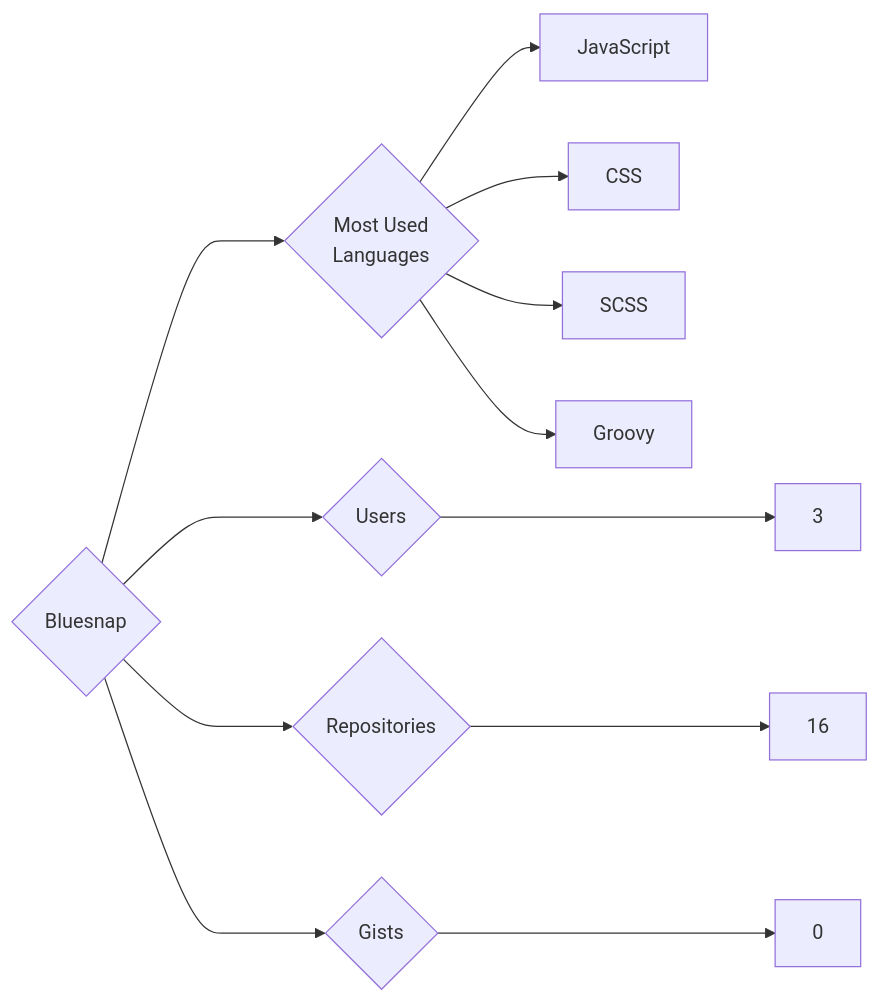
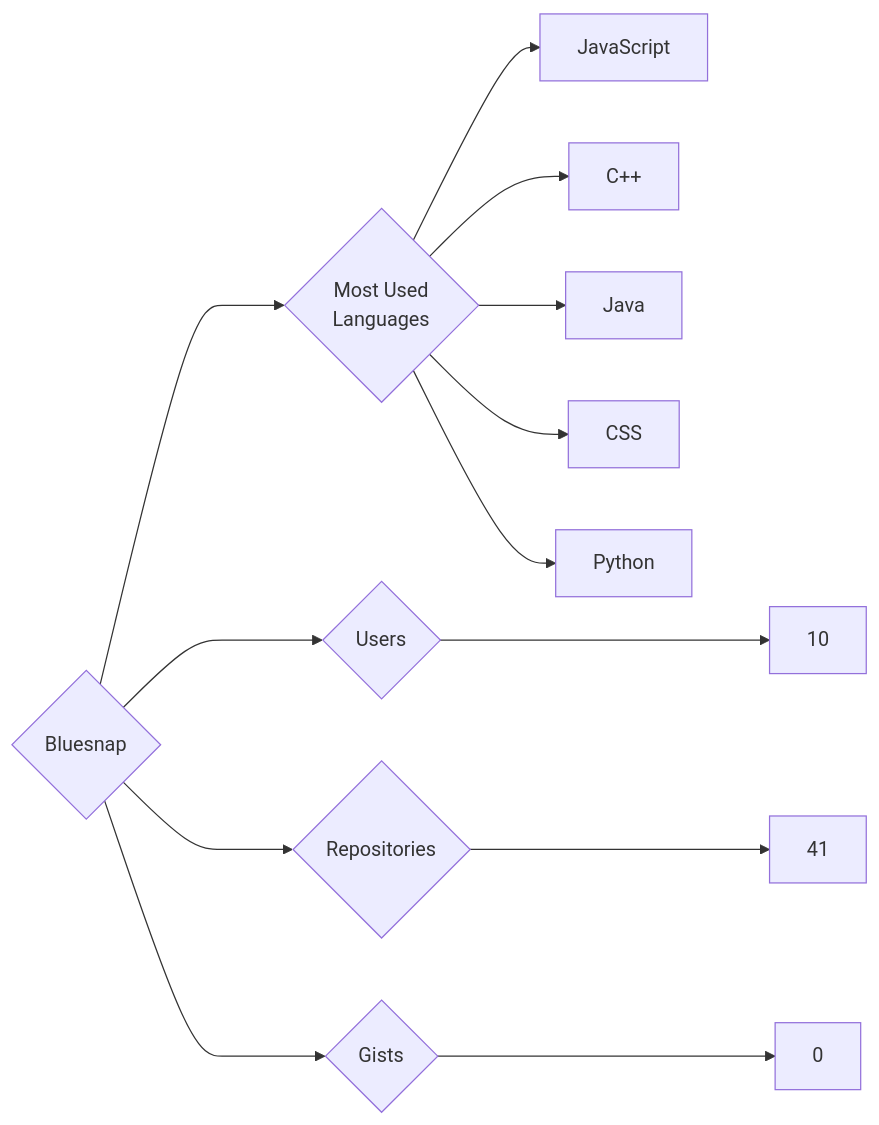
One commit to trickest/insiders changed the diagram in targets/Bluesnap/README.md. Above: the diagram before and after it, drawn with Mermaid. The commit also changed 838 other files, not shown here.

````diff
--- a/targets/Bluesnap/README.md
+++ b/targets/Bluesnap/README.md
@@ -3,12 +3,13 @@
 ```mermaid
 graph LR
 COMPANY_NAME{Bluesnap}
-COMPANY_NAME ---> U{Users} ---> UN[3]
-COMPANY_NAME ---> R{Repositories} ---> RN[16]
+COMPANY_NAME ---> U{Users} ---> UN[10]
+COMPANY_NAME ---> R{Repositories} ---> RN[41]
 COMPANY_NAME ---> G{Gists} ---> GN[0]
 COMPANY_NAME ---> ML{Most Used<br>Languages}
 ML --> JavaScript[JavaScript]
+ML --> C++[C++]
+ML --> Java[Java]
 ML --> CSS[CSS]
-ML --> SCSS[SCSS]
-ML --> Groovy[Groovy]
+ML --> Python[Python]
 ```
````
